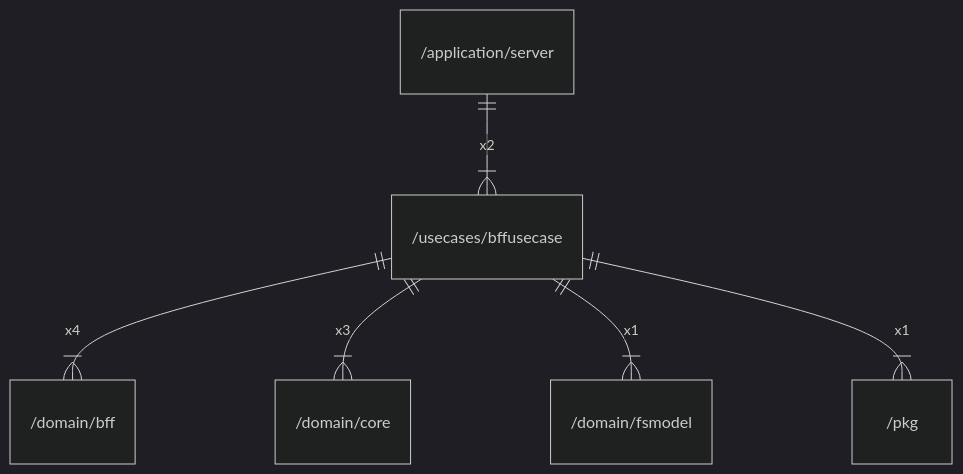
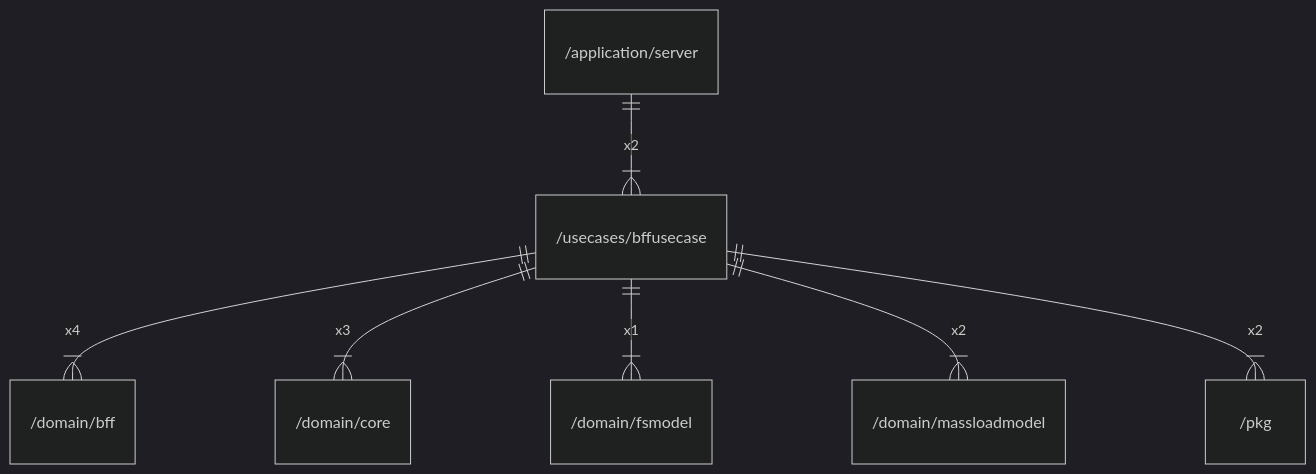
Before and after one commit to gbh007/hgraber-next: the diagram in docs/arch/usecases/bffusecase.md, drawn with Mermaid (dark theme). The commit also changed other lines of this file and 98 other files, not shown here.

````diff
--- a/docs/arch/usecases/bffusecase.md
+++ b/docs/arch/usecases/bffusecase.md
@@ -26,8 +39,9 @@
 ```mermaid
 erDiagram
     "/application/server" ||--|{ "/usecases/bffusecase" : x2
     "/usecases/bffusecase" ||--|{ "/domain/bff" : x4
     "/usecases/bffusecase" ||--|{ "/domain/core" : x3
     "/usecases/bffusecase" ||--|{ "/domain/fsmodel" : x1
-    "/usecases/bffusecase" ||--|{ "/pkg" : x1
+    "/usecases/bffusecase" ||--|{ "/domain/massloadmodel" : x2
+    "/usecases/bffusecase" ||--|{ "/pkg" : x2
 ```
````
